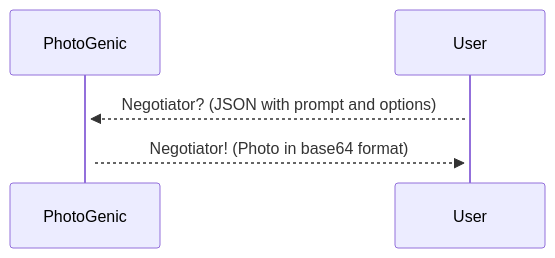
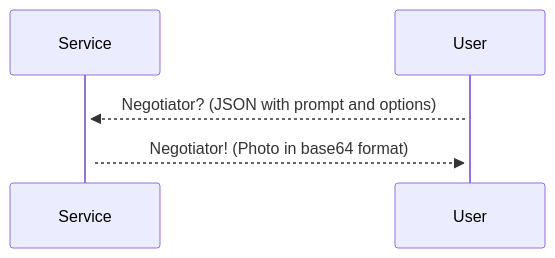
One commit to TheNeg0t1ator/Benternet-ZMQ changed the first of 2 diagrams in README.md. Above: the diagram before and after it, drawn with Mermaid. The commit also changed other lines of this file, not shown here.

Commit message:
Final Change

````diff
--- a/README.md
+++ b/README.md
@@ -7,10 +7,10 @@
 ```mermaid
 sequenceDiagram
-    participant PhotoGenic
+    participant Service
     participant User
 
     activate User
-    activate PhotoGenic
-    User-->>+PhotoGenic: Negotiator? (JSON with prompt and options)
-    PhotoGenic-->>+User: Negotiator! (Photo in base64 format)
+    activate Service
+    User-->>+Service: Negotiator? (JSON with prompt and options)
+    Service-->>+User: Negotiator! (Photo in base64 format)
 ```
````
